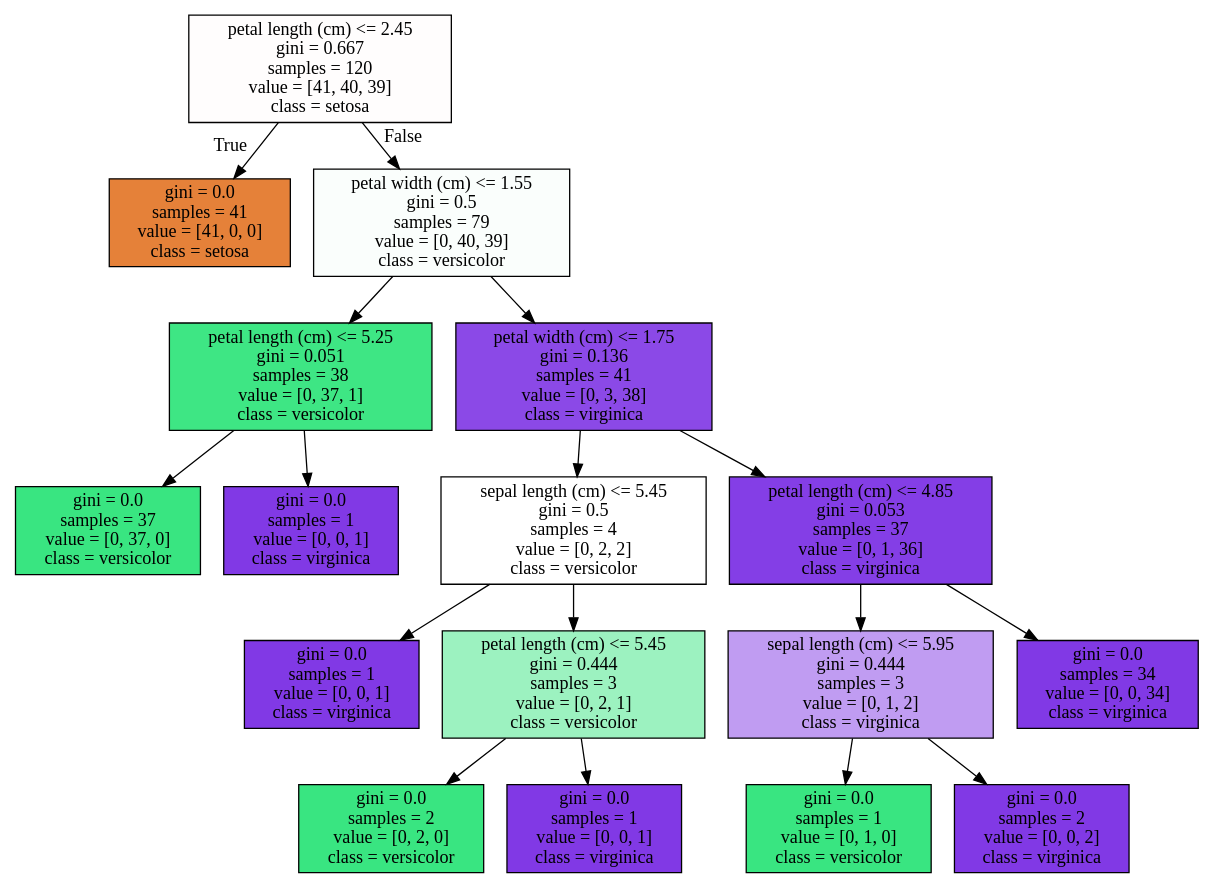
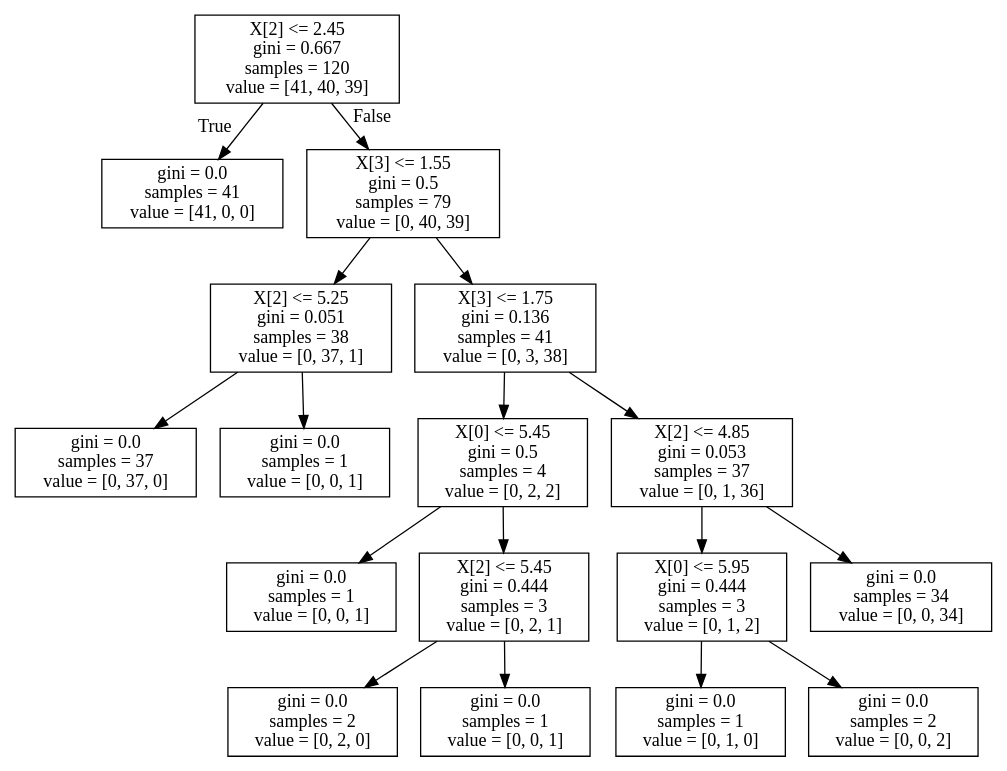
The diagram in tree.dot (sdrs6921/DataAnalysis-MachineLearning), drawn with Graphviz before and after one commit. The commit also changed 6 other files, not shown here.

```diff
--- a/tree.dot
+++ b/tree.dot
@@ -1,36 +1,36 @@
 digraph Tree {
-node [shape=box, style="filled", color="black"] ;
-0 [label="petal length (cm) <= 2.45\ngini = 0.667\nsamples = 120\nvalue = [41, 40, 39]\nclass = setosa", fillcolor="#fffdfd"] ;
-1 [label="gini = 0.0\nsamples = 41\nvalue = [41, 0, 0]\nclass = setosa", fillcolor="#e58139"] ;
+node [shape=box] ;
+0 [label="X[2] <= 2.45\ngini = 0.667\nsamples = 120\nvalue = [41, 40, 39]"] ;
+1 [label="gini = 0.0\nsamples = 41\nvalue = [41, 0, 0]"] ;
 0 -> 1 [labeldistance=2.5, labelangle=45, headlabel="True"] ;
-2 [label="petal width (cm) <= 1.55\ngini = 0.5\nsamples = 79\nvalue = [0, 40, 39]\nclass = versicolor", fillcolor="#fafefc"] ;
+2 [label="X[3] <= 1.55\ngini = 0.5\nsamples = 79\nvalue = [0, 40, 39]"] ;
 0 -> 2 [labeldistance=2.5, labelangle=-45, headlabel="False"] ;
-3 [label="petal length (cm) <= 5.25\ngini = 0.051\nsamples = 38\nvalue = [0, 37, 1]\nclass = versicolor", fillcolor="#3ee684"] ;
+3 [label="X[2] <= 5.25\ngini = 0.051\nsamples = 38\nvalue = [0, 37, 1]"] ;
 2 -> 3 ;
-4 [label="gini = 0.0\nsamples = 37\nvalue = [0, 37, 0]\nclass = versicolor", fillcolor="#39e581"] ;
+4 [label="gini = 0.0\nsamples = 37\nvalue = [0, 37, 0]"] ;
 3 -> 4 ;
-5 [label="gini = 0.0\nsamples = 1\nvalue = [0, 0, 1]\nclass = virginica", fillcolor="#8139e5"] ;
+5 [label="gini = 0.0\nsamples = 1\nvalue = [0, 0, 1]"] ;
 3 -> 5 ;
-6 [label="petal width (cm) <= 1.75\ngini = 0.136\nsamples = 41\nvalue = [0, 3, 38]\nclass = virginica", fillcolor="#8b49e7"] ;
+6 [label="X[3] <= 1.75\ngini = 0.136\nsamples = 41\nvalue = [0, 3, 38]"] ;
 2 -> 6 ;
-7 [label="sepal length (cm) <= 5.45\ngini = 0.5\nsamples = 4\nvalue = [0, 2, 2]\nclass = versicolor", fillcolor="#ffffff"] ;
+7 [label="X[0] <= 5.45\ngini = 0.5\nsamples = 4\nvalue = [0, 2, 2]"] ;
 6 -> 7 ;
-8 [label="gini = 0.0\nsamples = 1\nvalue = [0, 0, 1]\nclass = virginica", fillcolor="#8139e5"] ;
+8 [label="gini = 0.0\nsamples = 1\nvalue = [0, 0, 1]"] ;
 7 -> 8 ;
-9 [label="petal length (cm) <= 5.45\ngini = 0.444\nsamples = 3\nvalue = [0, 2, 1]\nclass = versicolor", fillcolor="#9cf2c0"] ;
+9 [label="X[2] <= 5.45\ngini = 0.444\nsamples = 3\nvalue = [0, 2, 1]"] ;
 7 -> 9 ;
-10 [label="gini = 0.0\nsamples = 2\nvalue = [0, 2, 0]\nclass = versicolor", fillcolor="#39e581"] ;
+10 [label="gini = 0.0\nsamples = 2\nvalue = [0, 2, 0]"] ;
 9 -> 10 ;
-11 [label="gini = 0.0\nsamples = 1\nvalue = [0, 0, 1]\nclass = virginica", fillcolor="#8139e5"] ;
+11 [label="gini = 0.0\nsamples = 1\nvalue = [0, 0, 1]"] ;
 9 -> 11 ;
-12 [label="petal length (cm) <= 4.85\ngini = 0.053\nsamples = 37\nvalue = [0, 1, 36]\nclass = virginica", fillcolor="#843ee6"] ;
+12 [label="X[2] <= 4.85\ngini = 0.053\nsamples = 37\nvalue = [0, 1, 36]"] ;
 6 -> 12 ;
-13 [label="sepal length (cm) <= 5.95\ngini = 0.444\nsamples = 3\nvalue = [0, 1, 2]\nclass = virginica", fillcolor="#c09cf2"] ;
+13 [label="X[0] <= 5.95\ngini = 0.444\nsamples = 3\nvalue = [0, 1, 2]"] ;
 12 -> 13 ;
-14 [label="gini = 0.0\nsamples = 1\nvalue = [0, 1, 0]\nclass = versicolor", fillcolor="#39e581"] ;
+14 [label="gini = 0.0\nsamples = 1\nvalue = [0, 1, 0]"] ;
 13 -> 14 ;
-15 [label="gini = 0.0\nsamples = 2\nvalue = [0, 0, 2]\nclass = virginica", fillcolor="#8139e5"] ;
+15 [label="gini = 0.0\nsamples = 2\nvalue = [0, 0, 2]"] ;
 13 -> 15 ;
-16 [label="gini = 0.0\nsamples = 34\nvalue = [0, 0, 34]\nclass = virginica", fillcolor="#8139e5"] ;
+16 [label="gini = 0.0\nsamples = 34\nvalue = [0, 0, 34]"] ;
 12 -> 16 ;
 }
```
